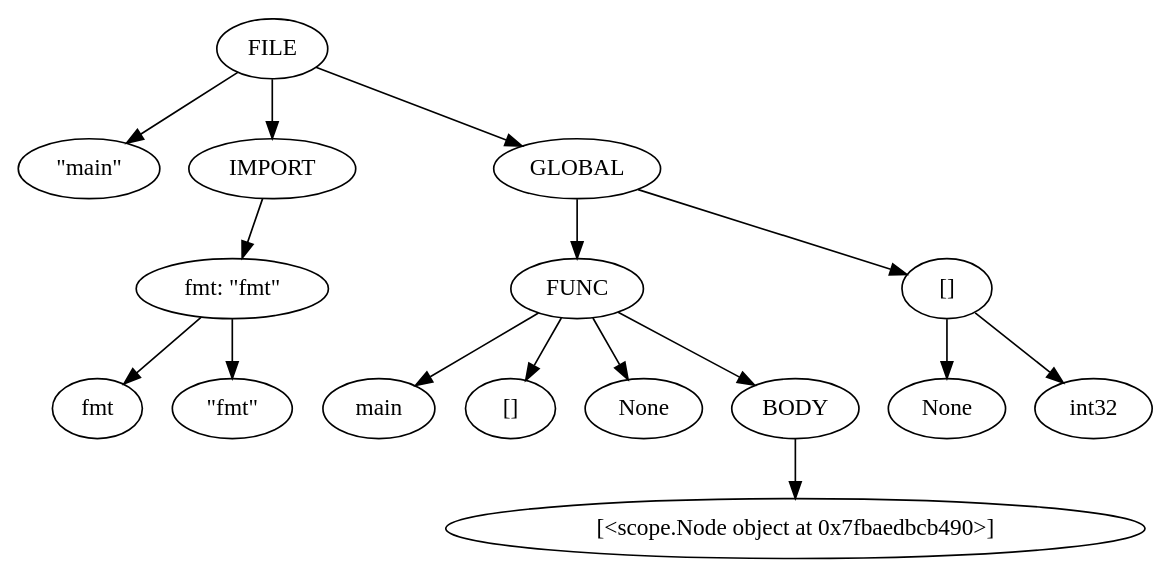
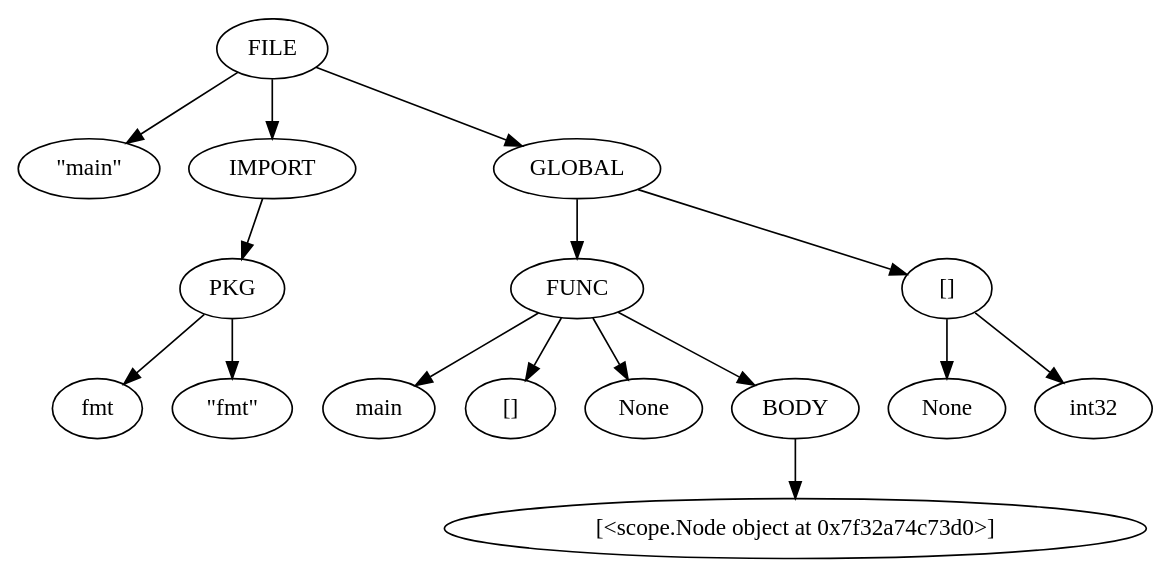
The diagram in test.dot (devanshusingla/GIPSC), drawn with Graphviz before and after one commit. The commit also changed 3 other files, not shown here.

```diff
--- a/test.dot
+++ b/test.dot
@@ -1,18 +1,18 @@
 digraph G {
 	0 -> 1;
 	0 -> 2;
 	2 -> 3;
 	3 -> 4;
 	3 -> 5;
 	0 -> 6;
 	6 -> 7;
 	7 -> 8;
 	7 -> 9;
 	7 -> 10;
 	7 -> 11;
 	11 -> 12;
 	6 -> 13;
 	13 -> 14;
 	13 -> 15;
-	0 [label=FILE];	1 [label="\"main\""];	2 [label="IMPORT"];	3 [label="fmt: \"fmt\""];	4 [label="fmt"];	5 [label="\"fmt\""];	6 [label="GLOBAL"];	7 [label="FUNC"];	8 [label="main"];	9 [label="[]"];	10 [label="None"];	11 [label="BODY"];	12 [label="[<scope.Node object at 0x7fbaedbcb490>]"];	13 [label="[]"];	14 [label="None"];	15 [label="int32"];
+	0 [label=FILE];	1 [label="\"main\""];	2 [label="IMPORT"];	3 [label="PKG"];	4 [label="fmt"];	5 [label="\"fmt\""];	6 [label="GLOBAL"];	7 [label="FUNC"];	8 [label="main"];	9 [label="[]"];	10 [label="None"];	11 [label="BODY"];	12 [label="[<scope.Node object at 0x7f32a74c73d0>]"];	13 [label="[]"];	14 [label="None"];	15 [label="int32"];
 }
```
